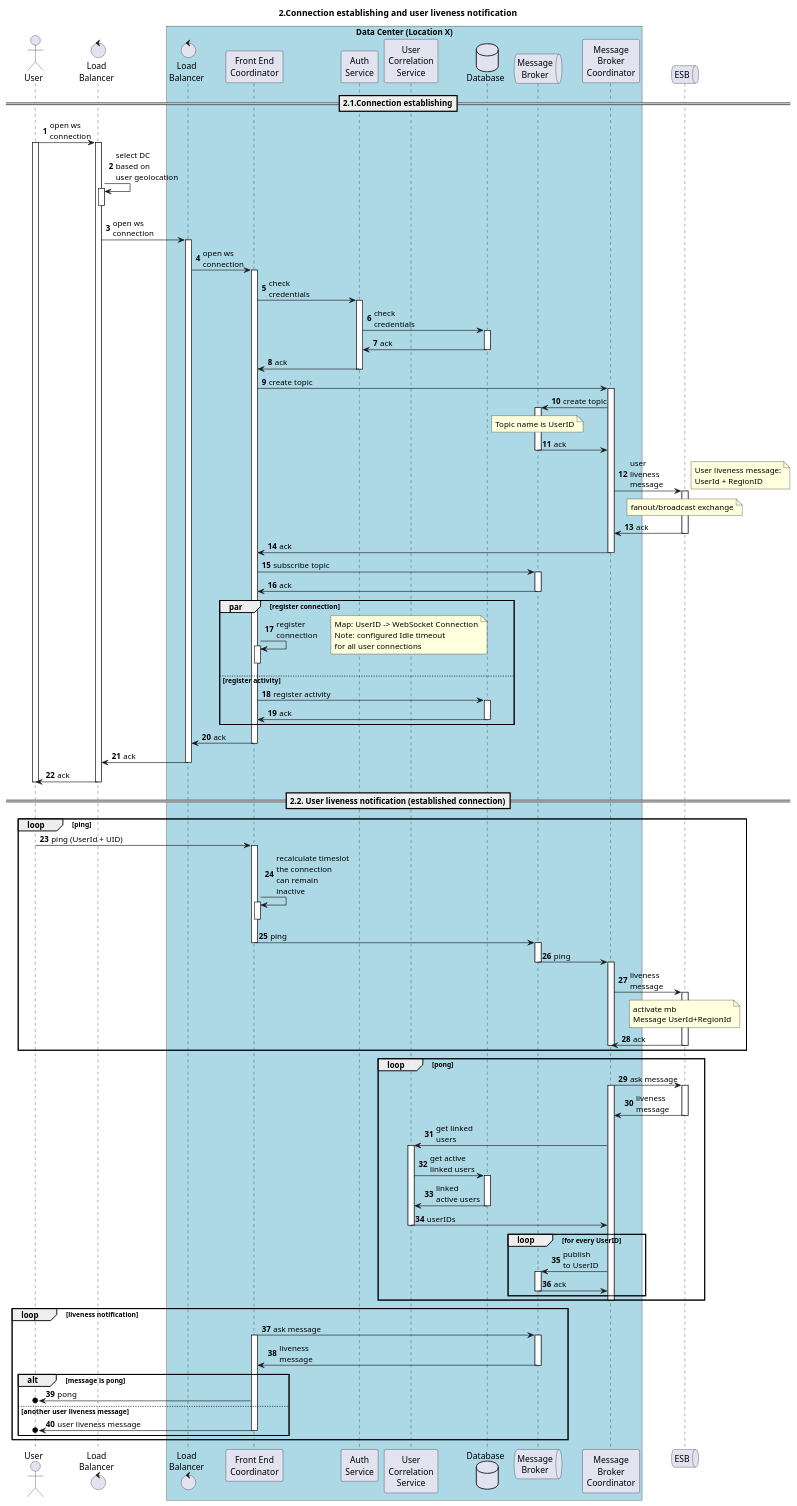
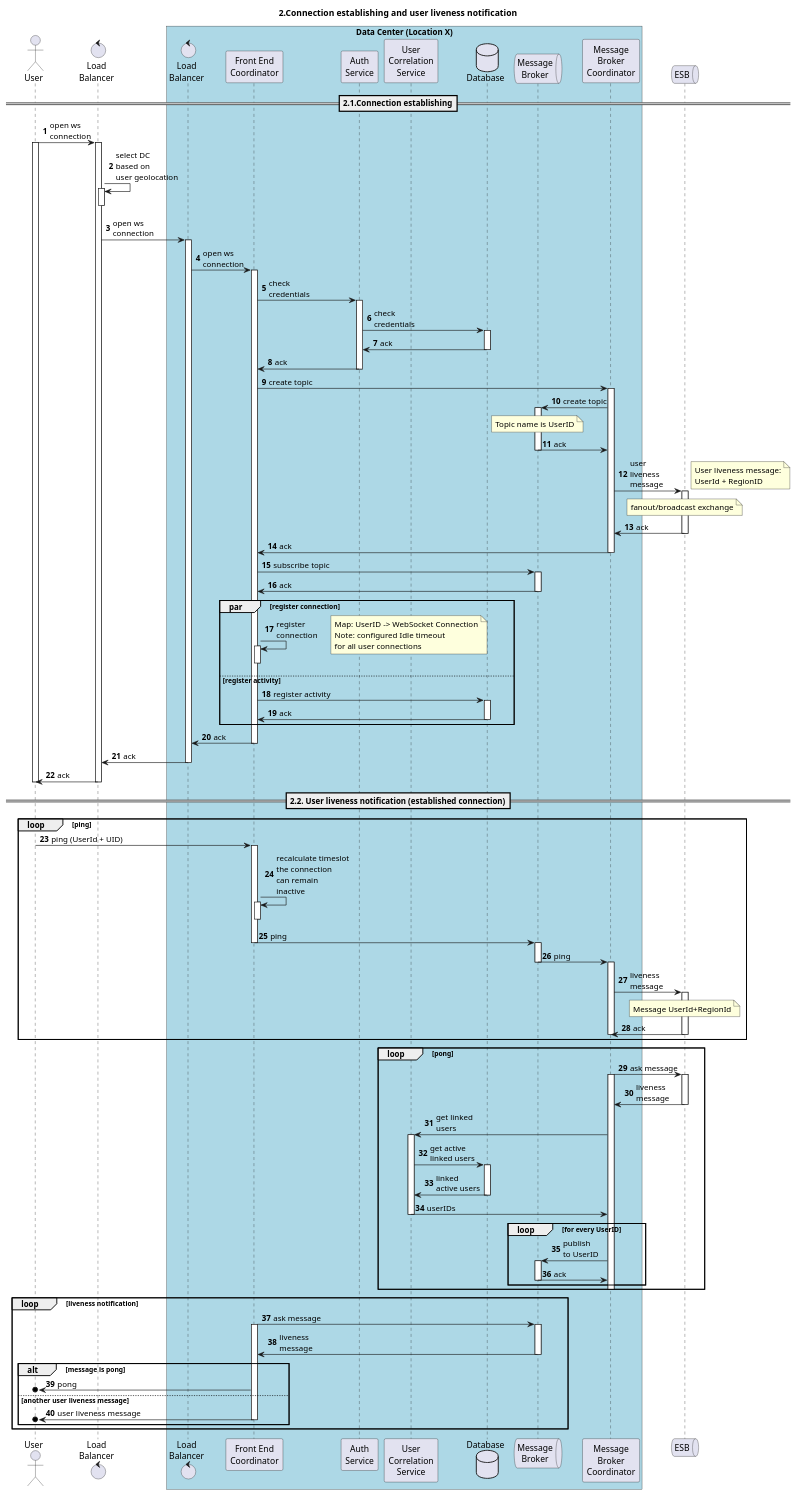
Before and after one commit to hkravtsov/hla: the diagram in resoures/uml/traffic/connection_establishing.puml, drawn with PlantUML. The commit also changed 1 other file, not shown here.

```diff
--- a/resoures/uml/traffic/connection_establishing.puml
+++ b/resoures/uml/traffic/connection_establishing.puml
@@ -1,116 +1,115 @@
 @startuml
 
 autonumber
 
 title "2.Connection establishing and user liveness notification"
 
 actor User as u
 
 control "Load\nBalancer" as elb
 
 box "Data Center (Location X)" #LightBlue
 control "Load\nBalancer" as lb
 participant "Front End\nCoordinator" as fec
 participant "Auth\nService" as auth
 participant "User\nCorrelation\nService" as ucs
 database "Database" as db
 queue "Message\nBroker" as mb
 participant "Message\nBroker\nCoordinator" as mbc
 end box
 
 queue ESB as esb
 
 == 2.1.Connection establishing==
 
 u -> elb++: open ws\nconnection
 activate u
 elb -> elb++--: select DC\nbased on\nuser geolocation
 elb -> lb++: open ws\nconnection
 lb ->fec++: open ws\nconnection
 fec -> auth ++: check\ncredentials
 auth -> db++: check\ncredentials
 db -> auth--: ack
 auth -> fec--: ack
 fec-> mbc++: create topic
 mbc -> mb++: create topic
 note over mb
 Topic name is UserID
 end note
 mb -> mbc--: ack
 mbc -> esb++: user\nliveness\nmessage
 note right
 User liveness message:
 UserId + RegionID
 end note
 note over esb
 fanout/broadcast exchange
 end note
 esb -> mbc--: ack
 mbc -> fec--: ack
 fec -> mb++: subscribe topic
 mb -> fec--: ack
 par register connection
 fec -> fec++--: register\nconnection
 note right
 Map: UserID -> WebSocket Connection
 Note: configured Idle timeout
 for all user connections
 end note
 else register activity
 fec -> db++: register activity
 db -> fec--: ack
 end
 fec -> lb--:ack
 lb -> elb--: ack
 elb -> u--: ack
 deactivate u
 
 == 2.2. User liveness notification (established connection)==
 loop ping
 u -> fec: ping (UserId + UID)
 activate fec
 fec -> fec++--: recalculate timeslot\nthe connection\ncan remain\ninactive
 fec -> mb: ping
 deactivate fec
 activate mb
 mb -> mbc: ping
 deactivate mb
 activate mbc
 mbc -> esb++: liveness\nmessage
 note over esb
-activate mb
 Message UserId+RegionId
 end note
 esb -> mbc--: ack
 deactivate mbc
 end
 
 loop pong
 mbc -> esb++: ask message
 activate mbc
 esb -> mbc--: liveness\nmessage
 mbc -> ucs++: get linked\nusers
 ucs -> db++: get active\nlinked users
 db -> ucs--: linked\nactive users
 ucs -> mbc--: userIDs
 loop for every UserID
 mbc -> mb++: publish\nto UserID
 mb -> mbc--: ack
 end
 deactivate mbc
 end
 
 loop liveness notification
 fec -> mb++: ask message
 activate fec
 mb -> fec--: liveness\nmessage
 alt message is pong
 fec ->o u: pong
 else another user liveness message
 fec ->o u:user liveness message
 deactivate fec
 end
 end
 
 
 @enduml
```
